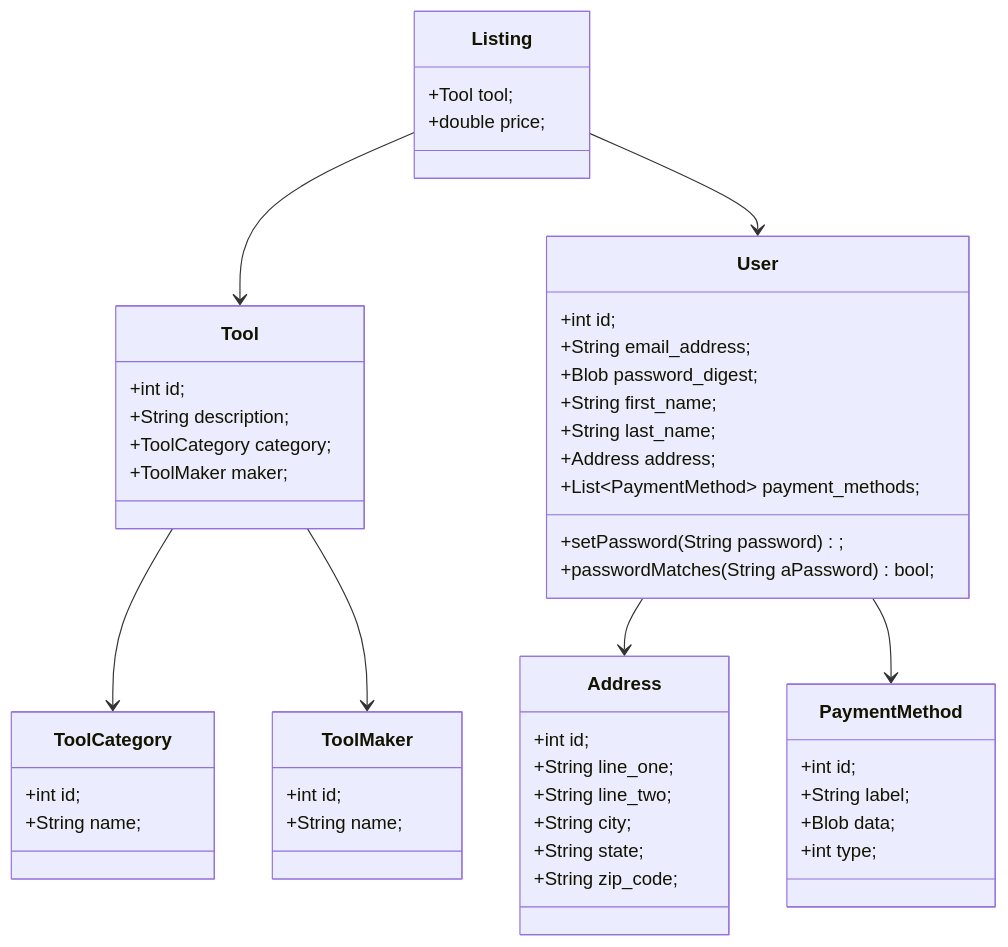
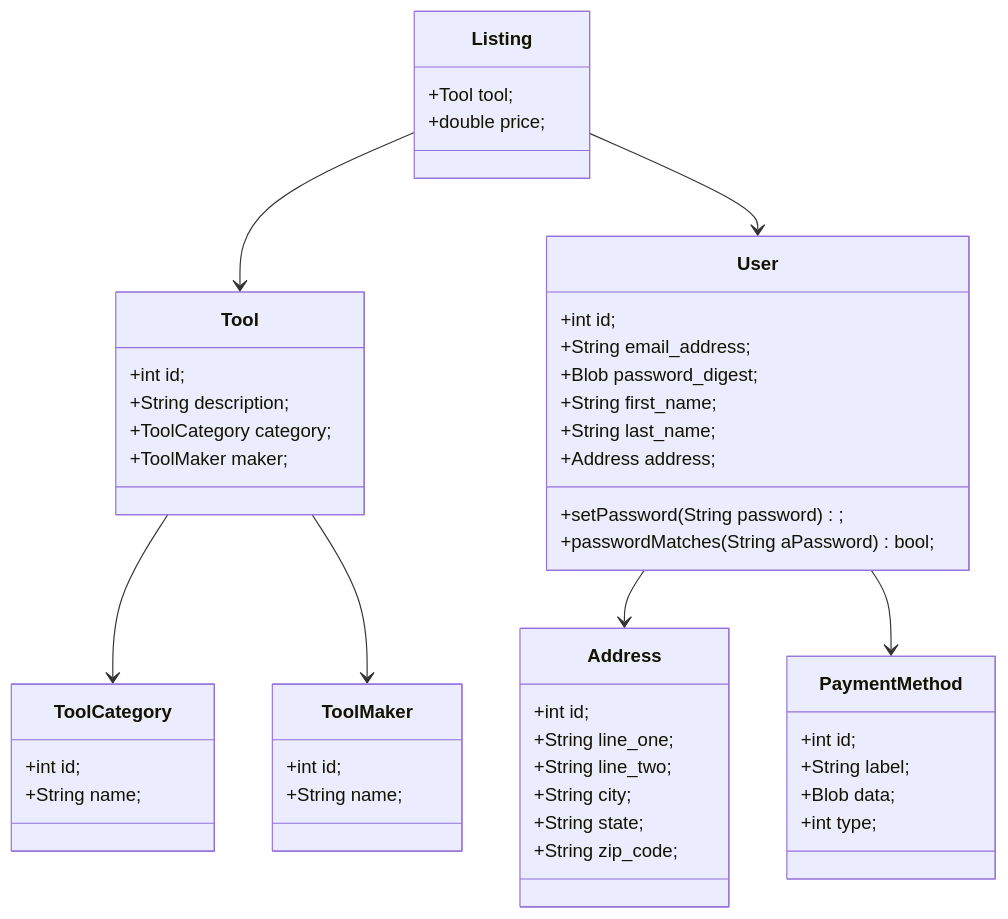
One commit to Capstone-Projects-2023-Spring/project-tool-shed changed the first of 4 diagrams in documentation/docs/system-architecture/design.md. Above: the diagram before and after it, drawn with Mermaid. The commit also changed 1 other file, not shown here.

Commit message:
Added introduction and removed payment

````diff
--- a/documentation/docs/system-architecture/design.md
+++ b/documentation/docs/system-architecture/design.md
@@ -7,52 +7,51 @@
 ```mermaid
 classDiagram
     class Address {
         +int id;
         +String line_one;
         +String line_two;
         +String city;
         +String state;
         +String zip_code;
     }
     class PaymentMethod {
         +int id;
         +String label;
         +Blob data;
         +int type;
     }
     class User{
         +int id;
         +String email_address;
         +Blob password_digest;
         +String first_name;
         +String last_name;
         +Address address;
-        +List~PaymentMethod~ payment_methods;
         +setPassword(String password);
         +passwordMatches(String aPassword) bool;
     }
     class ToolCategory {
         +int id;
         +String name;
     }
     class Tool {
         +int id;
         +String description;
         +ToolCategory category;
         +ToolMaker maker;
     }
     class ToolMaker {
         +int id;
         +String name;
     }
     class Listing {
         +Tool tool;
         +double price;
     }
     Tool --> ToolCategory
     Tool --> ToolMaker
     Listing --> Tool
     Listing --> User
     User --> Address
     User --> PaymentMethod
 ```
````
